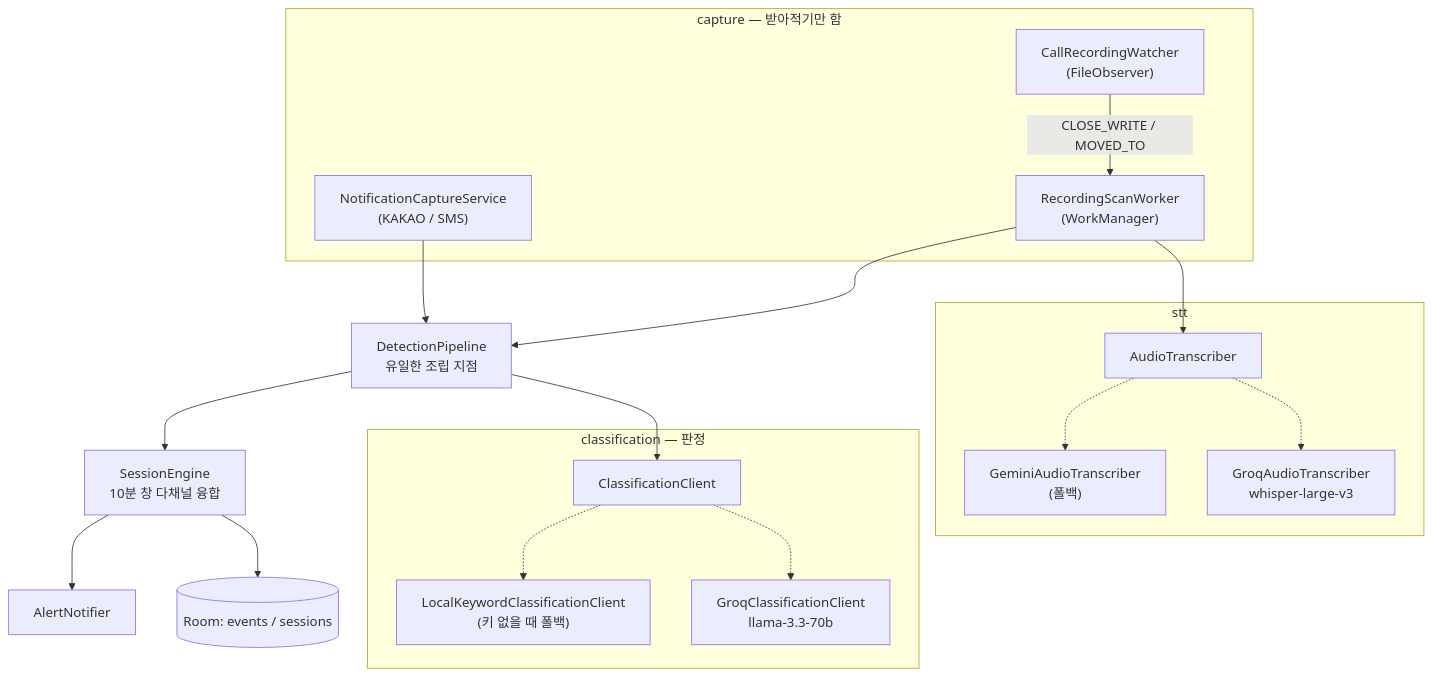
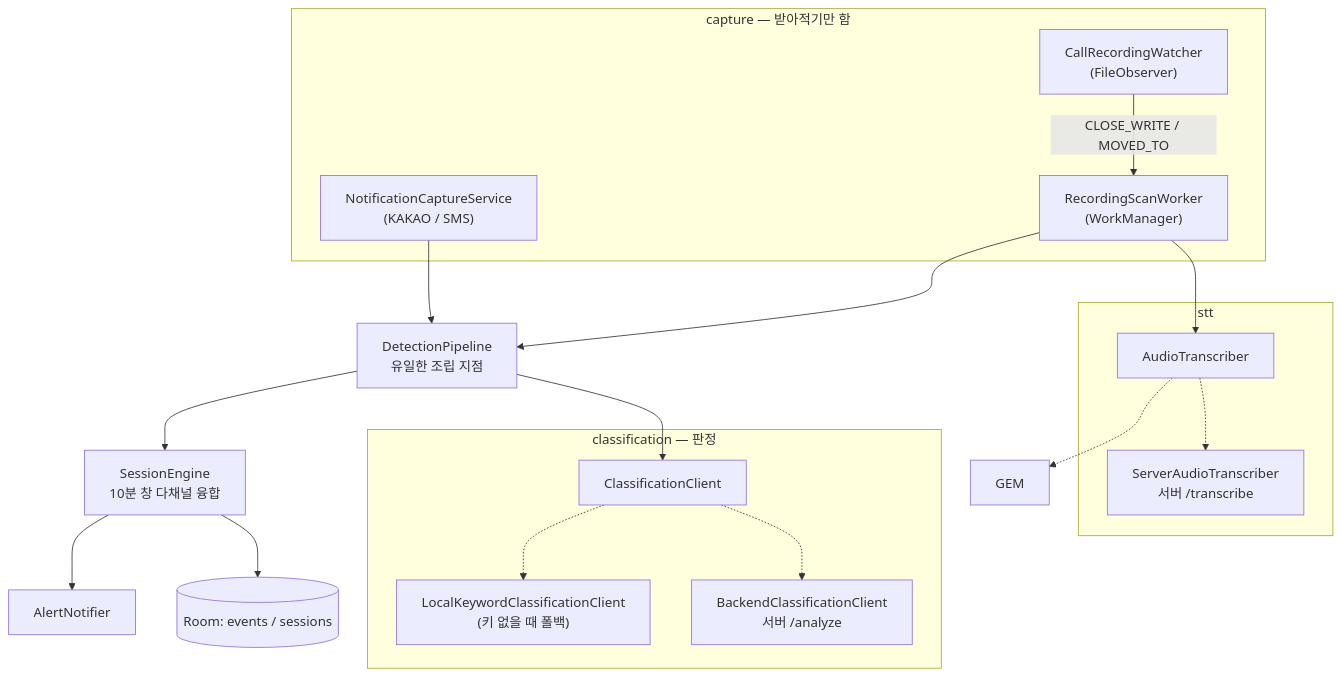
Before and after one commit to AVA-Ajou/AVA-app: the first of 3 diagrams in docs/architecture.md, drawn with Mermaid. The commit also changed other lines of this file and 26 other files, not shown here.

````diff
--- a/docs/architecture.md
+++ b/docs/architecture.md
@@ -7,38 +7,37 @@
 ```mermaid
 flowchart TD
     subgraph capture["capture — 받아적기만 함"]
         NCS["NotificationCaptureService<br/>(KAKAO / SMS)"]
         CRW["CallRecordingWatcher<br/>(FileObserver)"]
         RSW["RecordingScanWorker<br/>(WorkManager)"]
     end
 
     subgraph stt["stt"]
         AT["AudioTranscriber"]
-        GAT["GroqAudioTranscriber<br/>whisper-large-v3"]
-        GEM["GeminiAudioTranscriber<br/>(폴백)"]
+        GAT["ServerAudioTranscriber<br/>서버 /transcribe"]
     end
 
     subgraph cls["classification — 판정"]
         CC["ClassificationClient"]
-        GCC["GroqClassificationClient<br/>llama-3.3-70b"]
+        GCC["BackendClassificationClient<br/>서버 /analyze"]
         LKC["LocalKeywordClassificationClient<br/>(키 없을 때 폴백)"]
     end
 
     DP["DetectionPipeline<br/>유일한 조립 지점"]
     SE["SessionEngine<br/>10분 창 다채널 융합"]
     AN["AlertNotifier"]
     DB[("Room: events / sessions")]
 
     NCS --> DP
     CRW -- "CLOSE_WRITE / MOVED_TO" --> RSW
     RSW --> AT
     AT -.-> GAT
     AT -.-> GEM
     RSW --> DP
     DP --> CC
     CC -.-> GCC
     CC -.-> LKC
     DP --> SE
     SE --> DB
     SE --> AN
 ```
````
